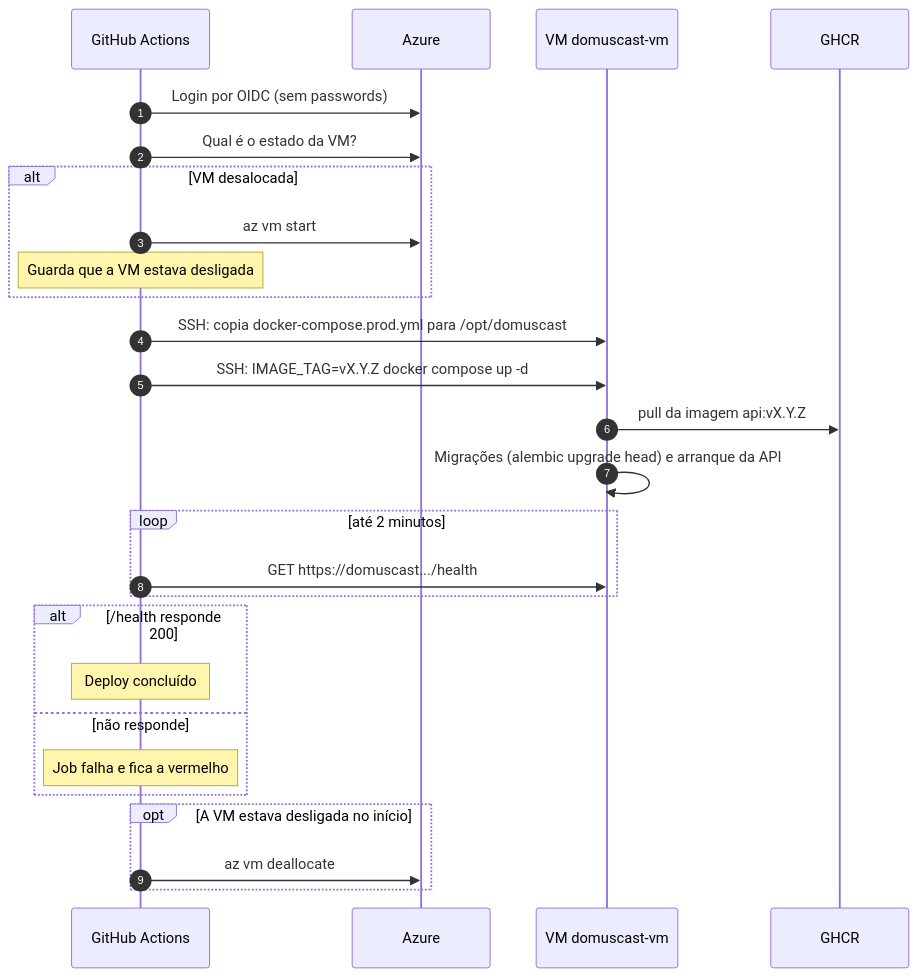
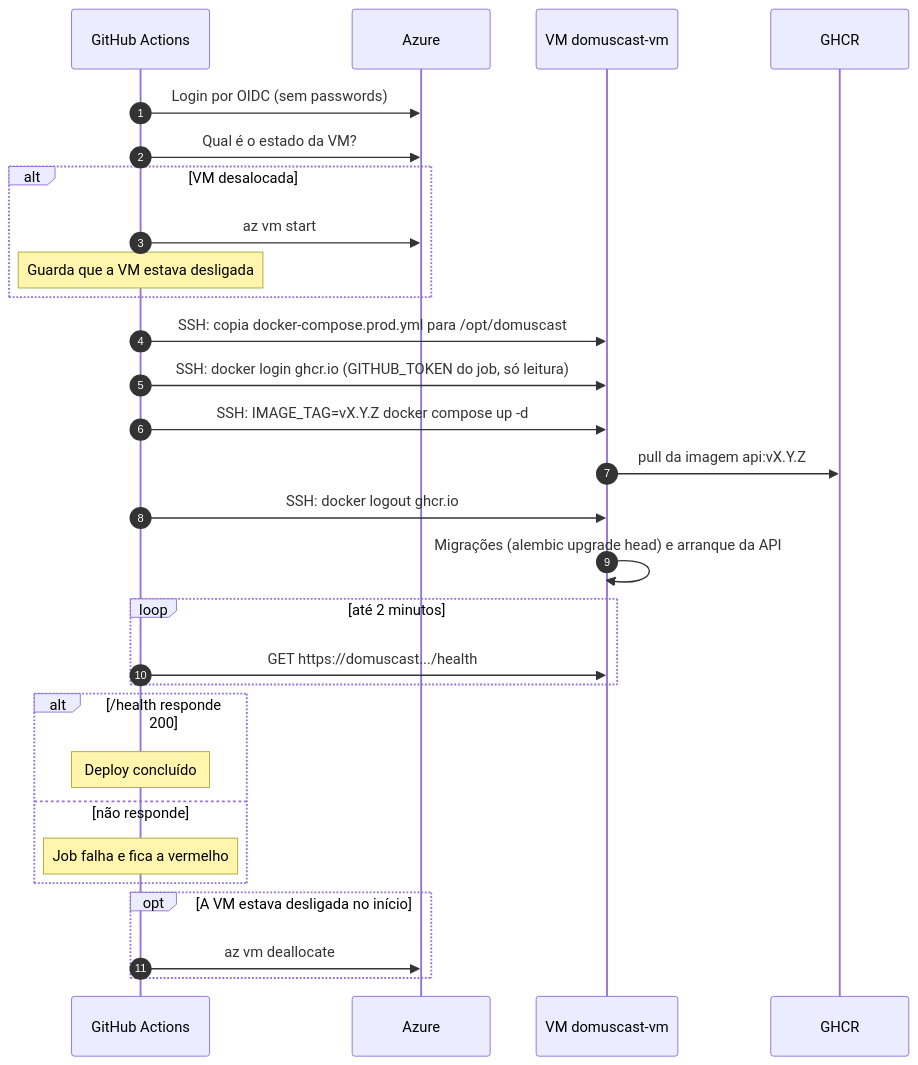
Before and after one commit to LMNSdev/LABDSOF_DOMUSCAST: the second of 4 diagrams in docs/sprintB/VM/README.md, drawn with Mermaid. The commit also changed other lines of this file, not shown here.

Commit message:
Docs: pacote GHCR privado e login no deploy

````diff
--- a/docs/sprintB/VM/README.md
+++ b/docs/sprintB/VM/README.md
@@ -199,30 +199,32 @@
 ```mermaid
 sequenceDiagram
     autonumber
     participant GH as GitHub Actions
     participant AZ as Azure
     participant VM as VM domuscast-vm
     participant REG as GHCR
 
     GH->>AZ: Login por OIDC (sem passwords)
     GH->>AZ: Qual é o estado da VM?
     alt VM desalocada
         GH->>AZ: az vm start
         Note over GH: Guarda que a VM estava desligada
     end
     GH->>VM: SSH: copia docker-compose.prod.yml para /opt/domuscast
+    GH->>VM: SSH: docker login ghcr.io (GITHUB_TOKEN do job, só leitura)
     GH->>VM: SSH: IMAGE_TAG=vX.Y.Z docker compose up -d
     VM->>REG: pull da imagem api:vX.Y.Z
+    GH->>VM: SSH: docker logout ghcr.io
     VM->>VM: Migrações (alembic upgrade head) e arranque da API
     loop até 2 minutos
         GH->>VM: GET https://domuscast.../health
     end
     alt /health responde 200
         Note over GH: Deploy concluído
     else não responde
         Note over GH: Job falha e fica a vermelho
     end
     opt A VM estava desligada no início
         GH->>AZ: az vm deallocate
     end
 ```
````
